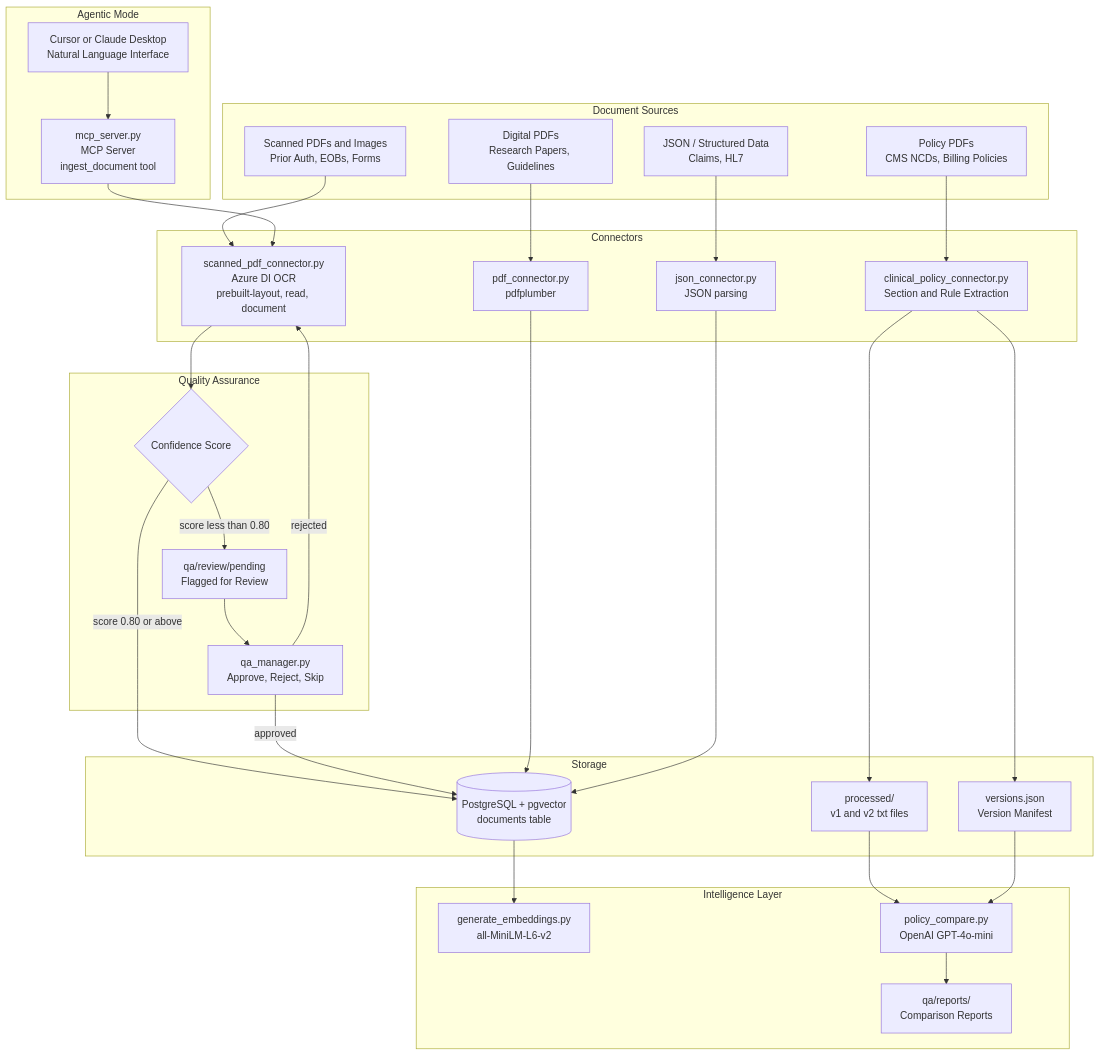
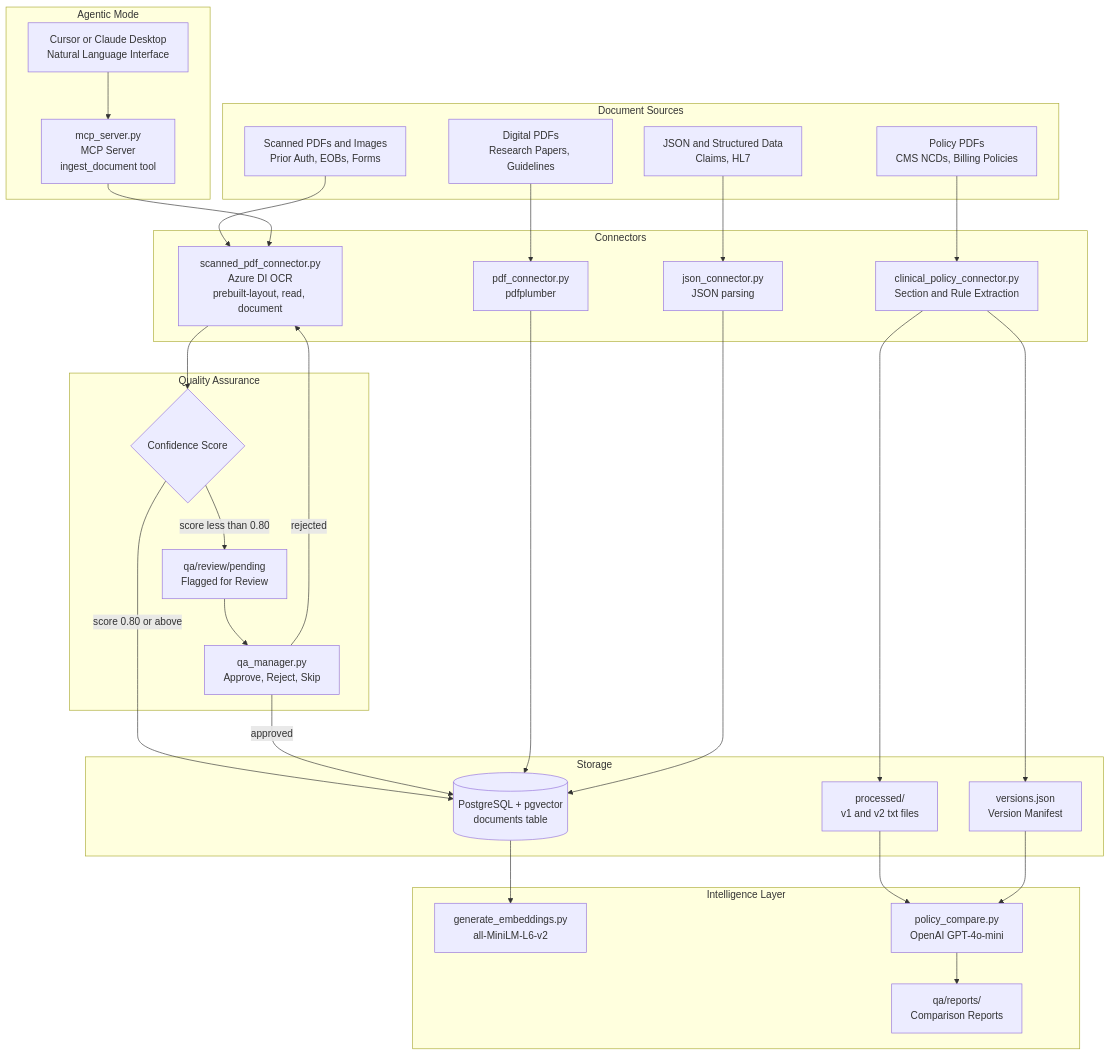
One commit to Lahari-V03/clinical-doc-pipeline changed the diagram in README.md. Above: the diagram before and after it, drawn with Mermaid.

Commit message:
docs: modify README.md architecture guide

````diff
--- a/README.md
+++ b/README.md
@@ -22,64 +22,64 @@
 ```mermaid
 flowchart TD
     subgraph Input["Document Sources"]
-        A["Scanned PDFs and Images\nPrior Auth, EOBs, Forms"]
-        B["Digital PDFs\nResearch Papers, Guidelines"]
-        C["JSON / Structured Data\nClaims, HL7"]
-        D["Policy PDFs\nCMS NCDs, Billing Policies"]
+        A["Scanned PDFs and Images<br/>Prior Auth, EOBs, Forms"]
+        B["Digital PDFs<br/>Research Papers, Guidelines"]
+        C["JSON and Structured Data<br/>Claims, HL7"]
+        D["Policy PDFs<br/>CMS NCDs, Billing Policies"]
     end
 
     subgraph Connectors["Connectors"]
-        E["scanned_pdf_connector.py\nAzure DI OCR\nprebuilt-layout, read, document"]
-        F["pdf_connector.py\npdfplumber"]
-        G["json_connector.py\nJSON parsing"]
-        H["clinical_policy_connector.py\nSection and Rule Extraction"]
+        E["scanned_pdf_connector.py<br/>Azure DI OCR<br/>prebuilt-layout, read, document"]
+        F["pdf_connector.py<br/>pdfplumber"]
+        G["json_connector.py<br/>JSON parsing"]
+        H["clinical_policy_connector.py<br/>Section and Rule Extraction"]
     end
 
     subgraph QA["Quality Assurance"]
         I{Confidence Score}
-        J["qa/review/pending\nFlagged for Review"]
-        K["qa_manager.py\nApprove, Reject, Skip"]
+        J["qa/review/pending<br/>Flagged for Review"]
+        K["qa_manager.py<br/>Approve, Reject, Skip"]
     end
 
     subgraph Storage["Storage"]
-        L[("PostgreSQL + pgvector\ndocuments table")]
-        M["processed/\nv1 and v2 txt files"]
-        N["versions.json\nVersion Manifest"]
+        L[("PostgreSQL + pgvector<br/>documents table")]
+        M["processed/<br/>v1 and v2 txt files"]
+        N["versions.json<br/>Version Manifest"]
     end
 
     subgraph Intelligence["Intelligence Layer"]
-        O["generate_embeddings.py\nall-MiniLM-L6-v2"]
-        P["policy_compare.py\nOpenAI GPT-4o-mini"]
-        Q["qa/reports/\nComparison Reports"]
+        O["generate_embeddings.py<br/>all-MiniLM-L6-v2"]
+        P["policy_compare.py<br/>OpenAI GPT-4o-mini"]
+        Q["qa/reports/<br/>Comparison Reports"]
     end
 
     subgraph Agentic["Agentic Mode"]
-        R["mcp_server.py\nMCP Server\ningest_document tool"]
-        S["Cursor or Claude Desktop\nNatural Language Interface"]
+        R["mcp_server.py<br/>MCP Server<br/>ingest_document tool"]
+        S["Cursor or Claude Desktop<br/>Natural Language Interface"]
     end
 
     A --> E
     B --> F
     C --> G
     D --> H
 
     E --> I
     I -->|"score less than 0.80"| J
     I -->|"score 0.80 or above"| L
     J --> K
     K -->|"approved"| L
     K -->|"rejected"| E
 
     F --> L
     G --> L
     H --> M
     H --> N
 
     L --> O
     M --> P
     N --> P
     P --> Q
 
     S --> R
     R --> E
 ```
````
